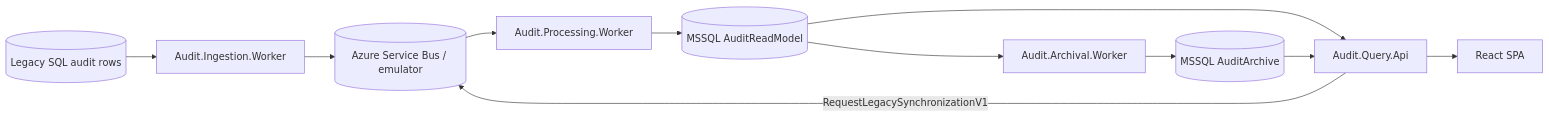
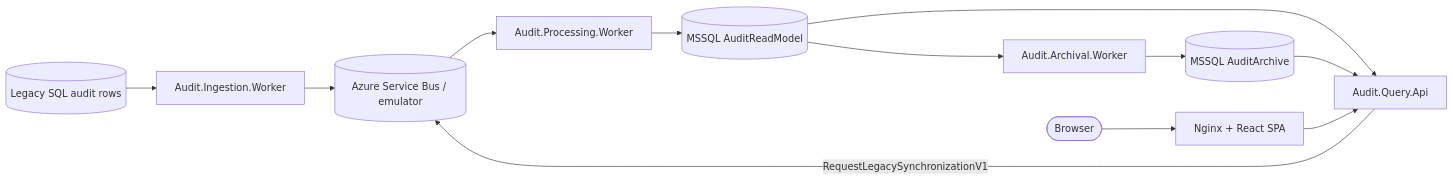
The diagram in README.md (mmusiol-bitbite/publink), drawn with Mermaid before and after one commit. The commit also changed other lines of this file and 30 other files, not shown here.

````diff
--- a/README.md
+++ b/README.md
@@ -71,13 +45,14 @@
 ```mermaid
 flowchart LR
     Legacy[(Legacy SQL audit rows)] --> Ingestion[Audit.Ingestion.Worker]
     Ingestion --> Bus[(Azure Service Bus / emulator)]
     Bus --> Processing[Audit.Processing.Worker]
     Processing --> Active[(MSSQL AuditReadModel)]
-    Active --> Api[Audit.Query.Api]
-    Api --> Web[React SPA]
     Active --> Archival[Audit.Archival.Worker]
     Archival --> Archive[(MSSQL AuditArchive)]
+    Active --> Api[Audit.Query.Api]
     Archive --> Api
+    Browser([Browser]) --> Web[Nginx + React SPA]
+    Web --> Api
     Api -- RequestLegacySynchronizationV1 --> Bus
 ```
````
